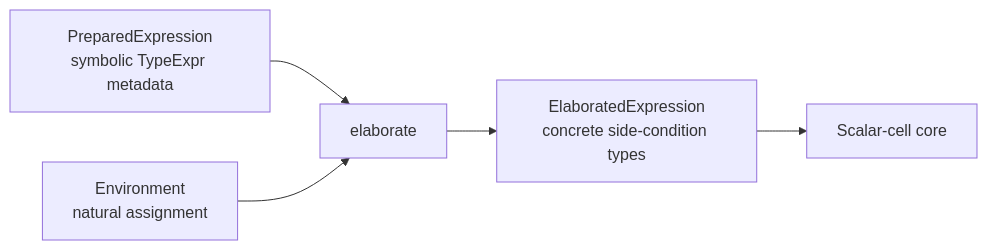
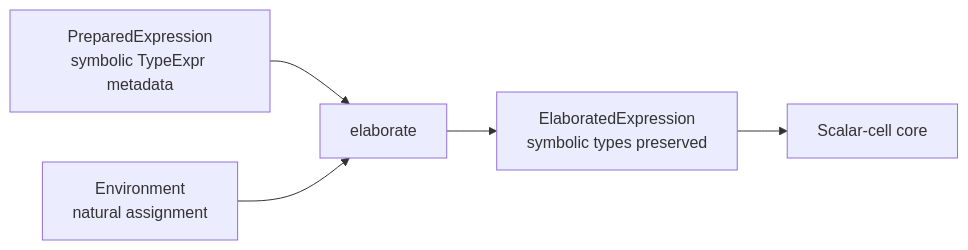
Before and after one commit to petervdonovan/linalg-checker: the third of 4 diagrams in docs/pipeline-overview.md, drawn with Mermaid. The commit also changed other lines of this file and 16 other files, not shown here.

````diff
--- a/docs/pipeline-overview.md
+++ b/docs/pipeline-overview.md
@@ -215,7 +216,7 @@
 ```mermaid
 flowchart LR
     PREP[PreparedExpression<br/>symbolic TypeExpr metadata] --> E[elaborate]
     ENV[Environment<br/>natural assignment] --> E
-    E --> EE[ElaboratedExpression<br/>concrete side-condition types]
+    E --> EE[ElaboratedExpression<br/>symbolic types preserved]
     EE --> CORE[Scalar-cell core]
 ```
````
